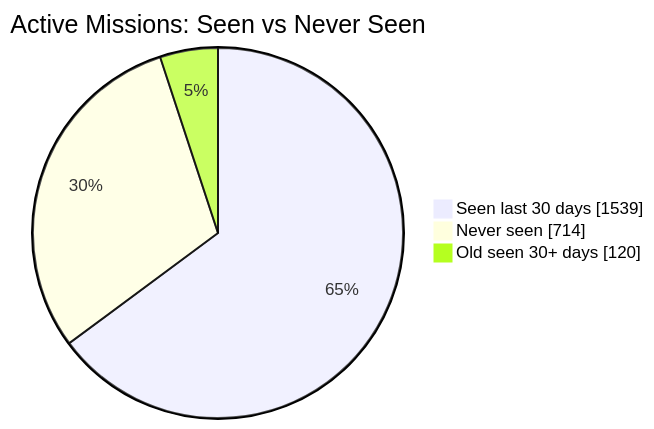
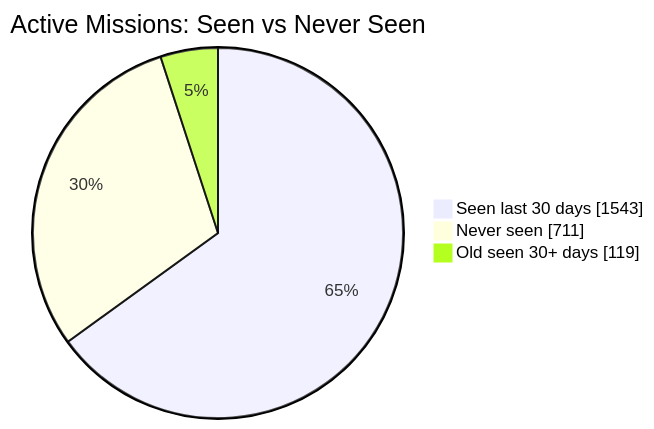
One commit to MeldkamerspelGameTeam/active-missions changed the first of 2 diagrams in README.md. Above: the diagram before and after it, drawn with Mermaid. The commit also changed other lines of this file and 3 other files, not shown here.

````diff
--- a/README.md
+++ b/README.md
@@ -34,7 +34,7 @@
 ```mermaid
 pie showData
     title Active Missions: Seen vs Never Seen
-    "Seen last 30 days" : 1539
-    "Never seen" : 714
-    "Old seen 30+ days" : 120
+    "Seen last 30 days" : 1543
+    "Never seen" : 711
+    "Old seen 30+ days" : 119
 ```
````
